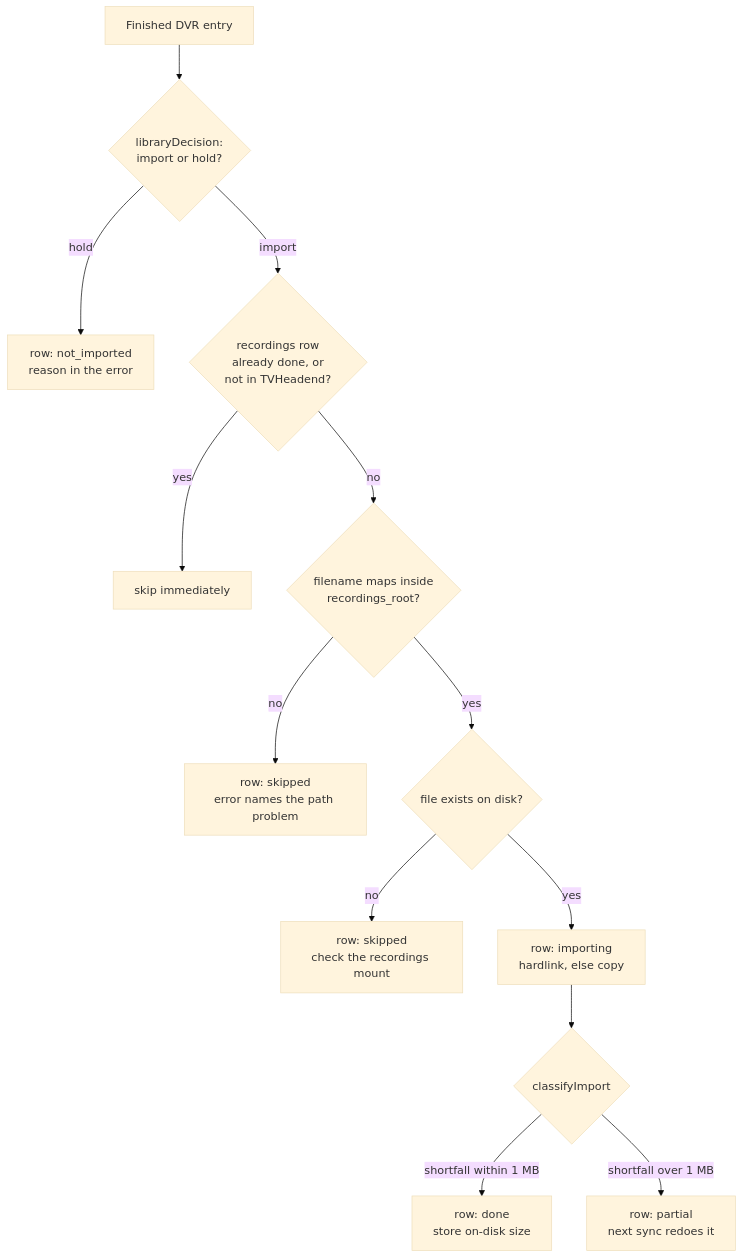
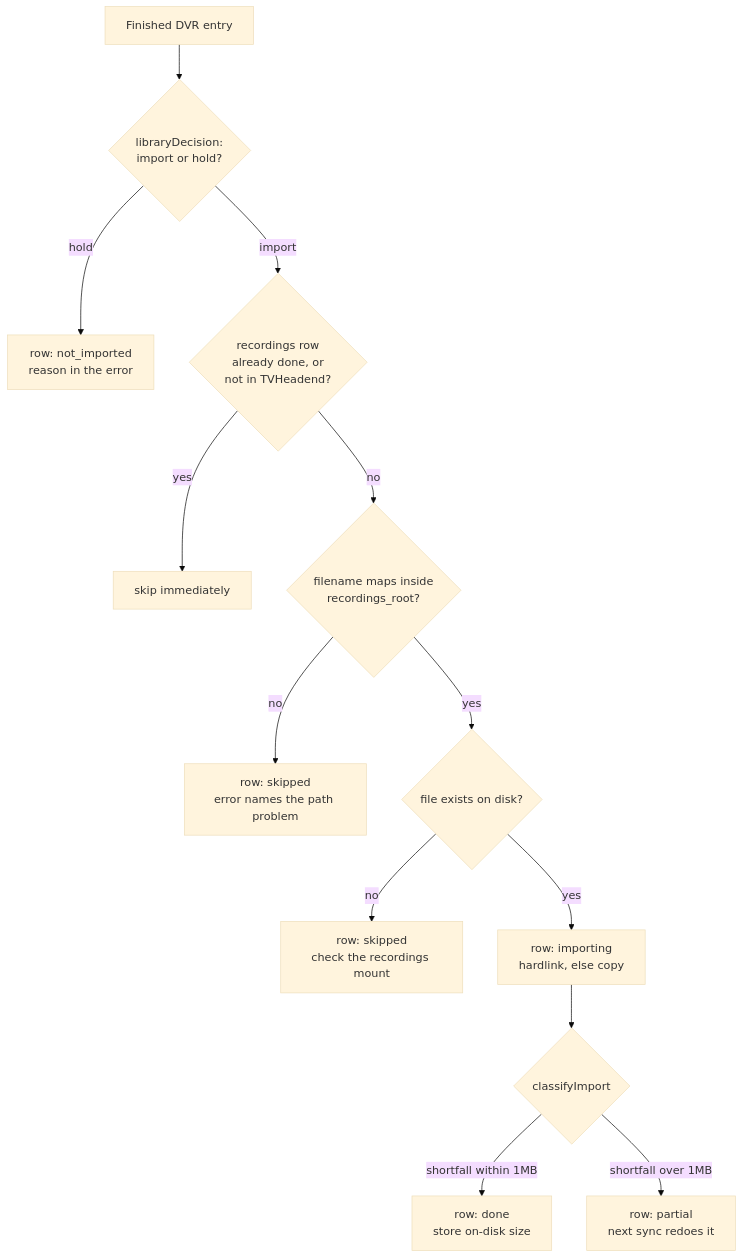
The second of 3 diagrams in docs/DEEP_DIVE.md (furey/freetvarr), drawn with Mermaid (base theme) before and after one commit. The commit also changed other lines of this file and 9 other files, not shown here.

````diff
--- a/docs/DEEP_DIVE.md
+++ b/docs/DEEP_DIVE.md
@@ -122,15 +122,15 @@
 ```mermaid
 flowchart TD
   entry["Finished DVR entry"] --> decide{"libraryDecision:<br>import or hold?"}
   decide -->|hold| held["row: not_imported<br>reason in the error"]
   decide -->|import| donecheck{"recordings row<br>already done, or<br>not in TVHeadend?"}
   donecheck -->|yes| skip["skip immediately"]
   donecheck -->|no| pathcheck{"filename maps inside<br>recordings_root?"}
   pathcheck -->|no| skiprow["row: skipped<br>error names the path problem"]
   pathcheck -->|yes| statcheck{"file exists on disk?"}
   statcheck -->|no| skipmissing["row: skipped<br>check the recordings mount"]
   statcheck -->|yes| imp["row: importing<br>hardlink, else copy"]
   imp --> classify{"classifyImport"}
-  classify -->|"shortfall within 1 MB"| ok["row: done<br>store on-disk size"]
-  classify -->|"shortfall over 1 MB"| partial["row: partial<br>next sync redoes it"]
+  classify -->|"shortfall within 1MB"| ok["row: done<br>store on-disk size"]
+  classify -->|"shortfall over 1MB"| partial["row: partial<br>next sync redoes it"]
 ```
````
